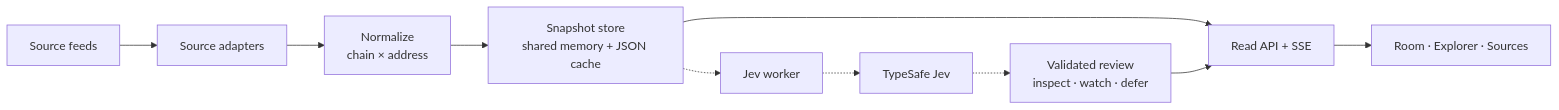
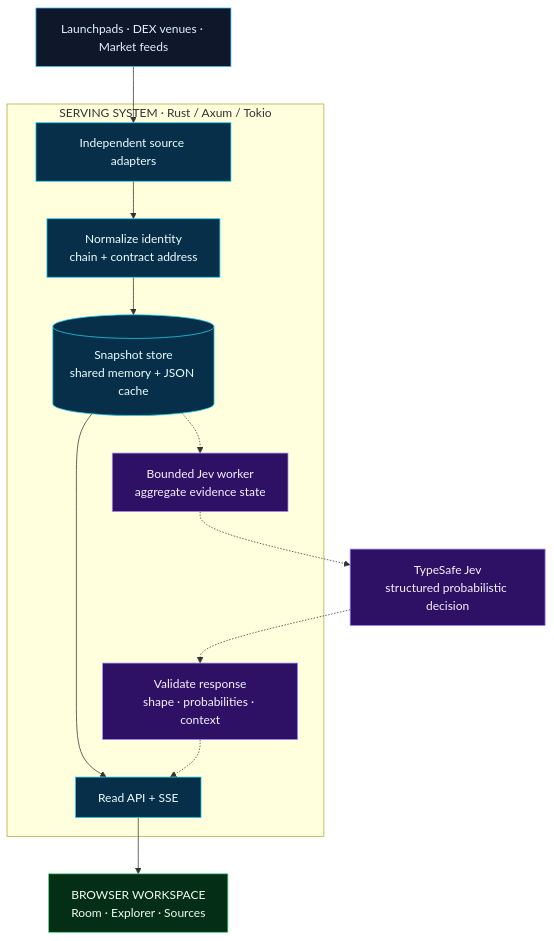
Before and after one commit to CrawlCA/crawlca: the first of 2 diagrams in README.md, drawn with Mermaid. The commit also changed other lines of this file, not shown here.

Commit message:
Present CrawlCA technology stack and Jev architecture

````diff
--- a/README.md
+++ b/README.md
@@ -28,12 +55,28 @@
 ```mermaid
-flowchart LR
-  feeds["Source feeds"] --> adapters["Source adapters"]
-  adapters --> identity["Normalize<br/>chain × address"]
-  identity --> store["Snapshot store<br/>shared memory + JSON cache"]
-  store --> api["Read API + SSE"]
-  api --> room["Room · Explorer · Sources"]
-  store -.-> worker["Jev worker"]
-  worker -.-> typesafe["TypeSafe Jev"]
-  typesafe -.-> review["Validated review<br/>inspect · watch · defer"]
-  review --> api
+flowchart TB
+  F["Launchpads · DEX venues · Market feeds"]
+  subgraph CORE["SERVING SYSTEM · Rust / Axum / Tokio"]
+    A["Independent source adapters"]
+    N["Normalize identity<br/>chain + contract address"]
+    S[("Snapshot store<br/>shared memory + JSON cache")]
+    API["Read API + SSE"]
+    W["Bounded Jev worker<br/>aggregate evidence state"]
+    V["Validate response<br/>shape · probabilities · context"]
+    A --> N --> S --> API
+    S -.-> W
+    V -.-> API
+  end
+  J["TypeSafe Jev<br/>structured probabilistic decision"]
+  UI["BROWSER WORKSPACE<br/>Room · Explorer · Sources"]
+  F --> A
+  API --> UI
+  W -.-> J -.-> V
+  classDef source fill:#0f172a,stroke:#38bdf8,color:#e0f2fe
+  classDef data fill:#082f49,stroke:#22d3ee,color:#ecfeff
+  classDef review fill:#2e1065,stroke:#a78bfa,color:#f5f3ff
+  classDef surface fill:#052e16,stroke:#4ade80,color:#f0fdf4
+  class F source
+  class A,N,S,API data
+  class W,J,V review
+  class UI surface
 ```
````
